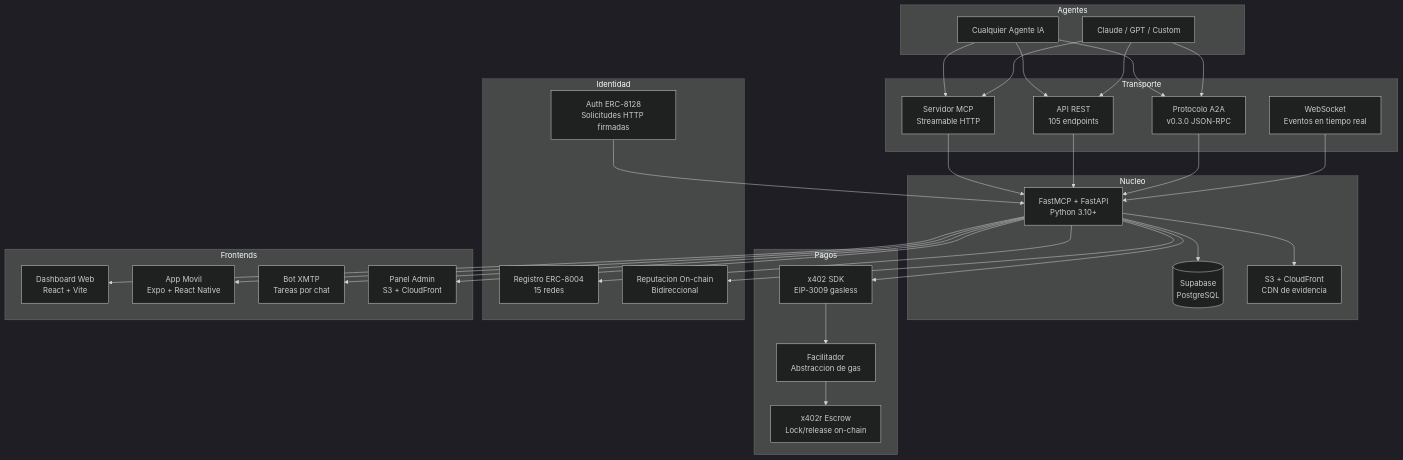
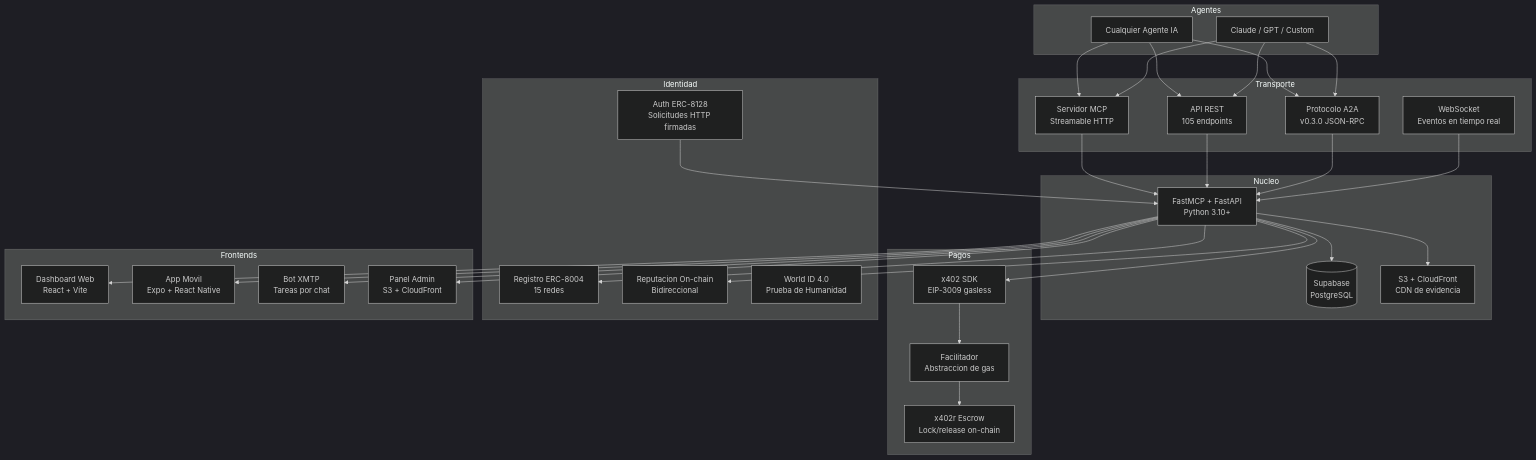
The second of 5 diagrams in README.es.md (UltravioletaDAO/execution-market), drawn with Mermaid (dark theme) before and after one commit. The commit also changed other lines of this file and 4 other files, not shown here.

````diff
--- a/README.es.md
+++ b/README.es.md
@@ -51,48 +51,49 @@
 ```mermaid
 graph TB
     subgraph Agentes
         A1[Cualquier Agente IA]
         A2[Claude / GPT / Custom]
     end
 
     subgraph Transporte
         MCP[Servidor MCP<br/>Streamable HTTP]
         REST[API REST<br/>105 endpoints]
         A2A[Protocolo A2A<br/>v0.3.0 JSON-RPC]
         WS[WebSocket<br/>Eventos en tiempo real]
     end
 
     subgraph Nucleo
         API[FastMCP + FastAPI<br/>Python 3.10+]
         DB[(Supabase<br/>PostgreSQL)]
         S3[S3 + CloudFront<br/>CDN de evidencia]
     end
 
     subgraph Pagos
         SDK[x402 SDK<br/>EIP-3009 gasless]
         ESC[x402r Escrow<br/>Lock/release on-chain]
         FAC[Facilitador<br/>Abstraccion de gas]
     end
 
     subgraph Identidad
         ERC[Registro ERC-8004<br/>15 redes]
         REP[Reputacion On-chain<br/>Bidireccional]
         AUTH[Auth ERC-8128<br/>Solicitudes HTTP firmadas]
+        WID[World ID 4.0<br/>Prueba de Humanidad]
     end
 
     subgraph Frontends
         DASH[Dashboard Web<br/>React + Vite]
         MOB[App Movil<br/>Expo + React Native]
         XMTP[Bot XMTP<br/>Tareas por chat]
         ADMIN[Panel Admin<br/>S3 + CloudFront]
     end
 
     A1 & A2 --> MCP & REST & A2A
     MCP & REST & A2A & WS --> API
     API --> DB & S3
     API --> SDK --> FAC --> ESC
     API --> ERC & REP
     AUTH --> API
     API --> DASH & MOB & XMTP
     API --> ADMIN
 ```
````
